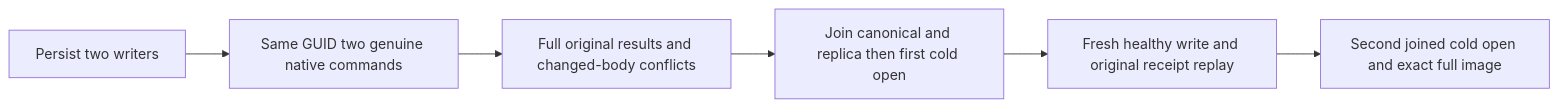
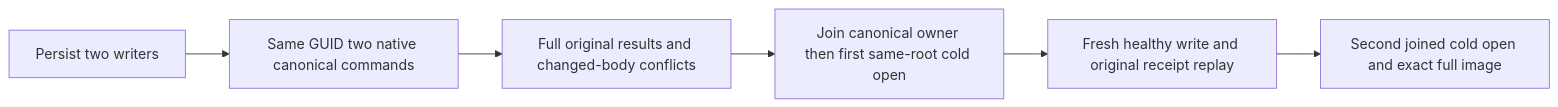
The diagram in docs/Features/DocumentStorage/NativePrincipalColdReplay.md (managedcode/KeyLoad), drawn with Mermaid before and after one commit. The commit also changed other lines of this file and 1112 other files, not shown here.

````diff
--- a/docs/Features/DocumentStorage/NativePrincipalColdReplay.md
+++ b/docs/Features/DocumentStorage/NativePrincipalColdReplay.md
@@ -21,8 +21,8 @@
 ```mermaid
 flowchart LR
-  Persist[Persist two writers] --> Admit[Same GUID two genuine native commands]
-  Admit --> Replay[Full original results and changed-body conflicts]
-  Replay --> Cold[Join canonical and replica then first cold open]
+  Persist[Persist two writers] --> Apply[Same GUID two native canonical commands]
+  Apply --> Replay[Full original results and changed-body conflicts]
+  Replay --> Cold[Join canonical owner then first same-root cold open]
   Cold --> Continue[Fresh healthy write and original receipt replay]
   Continue --> Cold2[Second joined cold open and exact full image]
 ```
````
